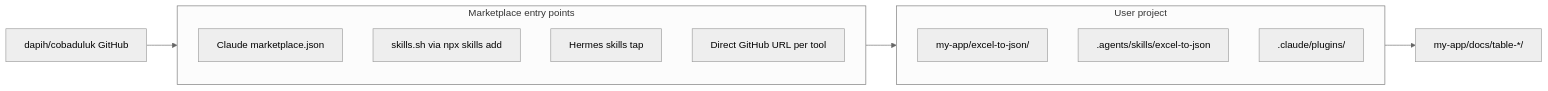
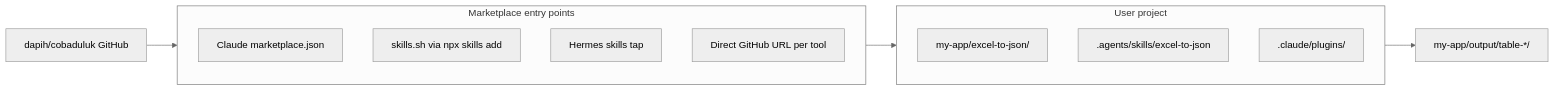
One commit to dapih/cobaduluk changed the diagram in design/plans/cross-tool-skills-migration.md. Above: the diagram before and after it, drawn with Mermaid (neutral theme). The commit also changed other lines of this file and 83 other files, not shown here.

````diff
--- a/design/plans/cross-tool-skills-migration.md
+++ b/design/plans/cross-tool-skills-migration.md
@@ -83,18 +83,18 @@
 ```mermaid
 flowchart LR
   github[dapih/cobaduluk GitHub]
   subgraph marketplaces [Marketplace entry points]
     claudeMkt[Claude marketplace.json]
     skillsSh[skills.sh via npx skills add]
     hermesTap[Hermes skills tap]
     ghRaw[Direct GitHub URL per tool]
   end
   subgraph installed [User project]
     nested[my-app/excel-to-json/]
     skillDir[.agents/skills/excel-to-json]
     claudePlugin[.claude/plugins/]
   end
   github --> marketplaces
   marketplaces --> installed
-  installed --> jobs[my-app/docs/table-*/]
+  installed --> jobs[my-app/output/table-*/]
 ```
````
